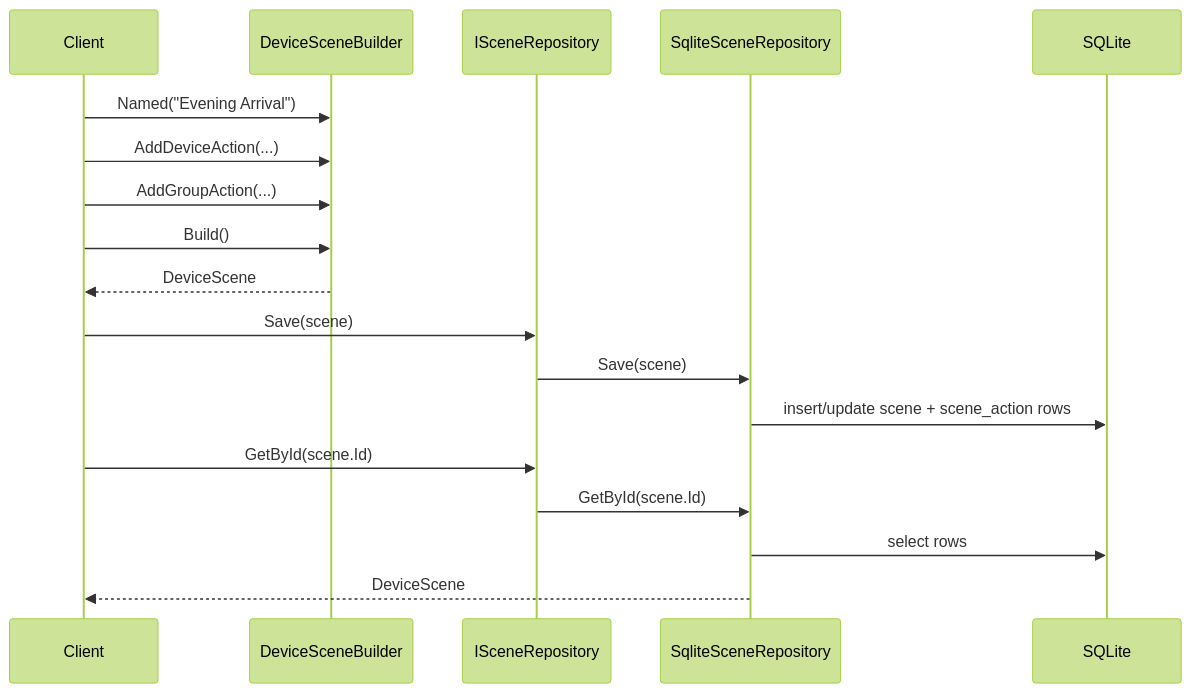
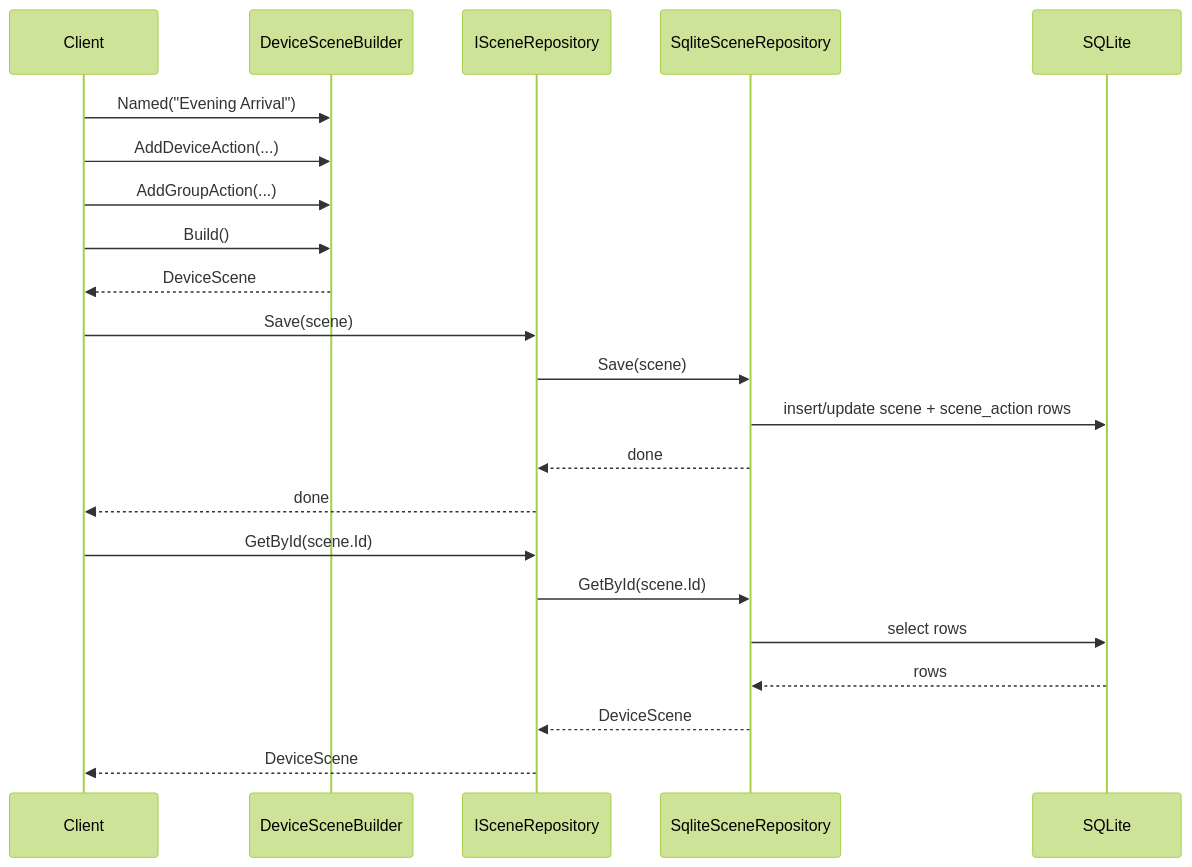
One commit to jeff-adkisson/swe-4743-spring-2026-oo-design changed diagram 20 of 24 in presentations/14-repository-and-builder-patterns.md. Above: the diagram before and after it, drawn with Mermaid (forest theme). The commit also changed other lines of this file, not shown here.

````diff
--- a/presentations/14-repository-and-builder-patterns.md
+++ b/presentations/14-repository-and-builder-patterns.md
@@ -926,21 +924,25 @@
 ```mermaid
 sequenceDiagram
     participant Client
     participant Builder as DeviceSceneBuilder
     participant Repo as ISceneRepository
     participant Sqlite as SqliteSceneRepository
     participant DB as SQLite
 
     Client->>Builder: Named("Evening Arrival")
     Client->>Builder: AddDeviceAction(...)
     Client->>Builder: AddGroupAction(...)
     Client->>Builder: Build()
     Builder-->>Client: DeviceScene
     Client->>Repo: Save(scene)
     Repo->>Sqlite: Save(scene)
     Sqlite->>DB: insert/update scene + scene_action rows
+    Sqlite-->>Repo: done
+    Repo-->>Client: done
     Client->>Repo: GetById(scene.Id)
     Repo->>Sqlite: GetById(scene.Id)
     Sqlite->>DB: select rows
-    Sqlite-->>Client: DeviceScene
+    DB-->>Sqlite: rows
+    Sqlite-->>Repo: DeviceScene
+    Repo-->>Client: DeviceScene
 ```
````
